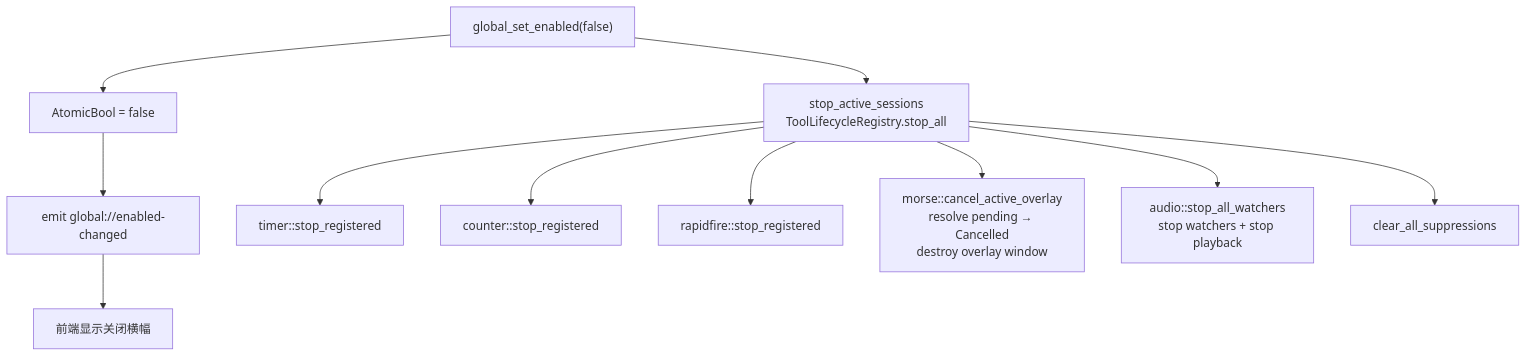
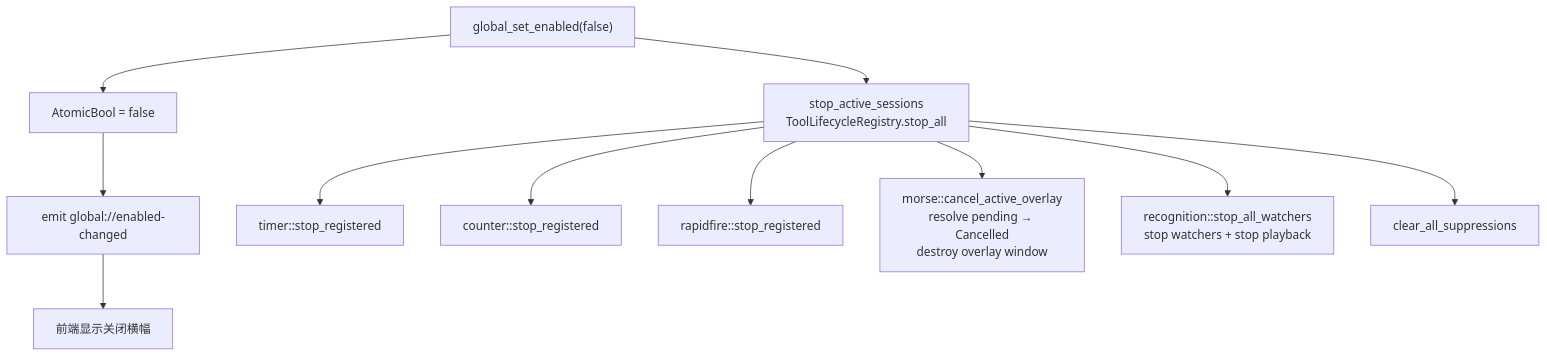
Before and after one commit to IZRINO/delta-auto-tools: the diagram in droid-wiki/systems/global-state.md, drawn with Mermaid. The commit also changed other lines of this file and 48 other files, not shown here.

````diff
--- a/droid-wiki/systems/global-state.md
+++ b/droid-wiki/systems/global-state.md
@@ -7,13 +7,13 @@
 ```mermaid
 graph TD
     SwitchOff["global_set_enabled(false)"] --> Store["AtomicBool = false"]
     Store --> Emit["emit global://enabled-changed"]
     Emit --> Frontend["前端显示关闭横幅"]
     SwitchOff --> Stop["stop_active_sessions<br/>ToolLifecycleRegistry.stop_all"]
     Stop --> T["timer::stop_registered"]
     Stop --> C["counter::stop_registered"]
     Stop --> RF["rapidfire::stop_registered"]
     Stop --> MorseCancel["morse::cancel_active_overlay<br/>resolve pending → Cancelled<br/>destroy overlay window"]
-    Stop --> Audio["audio::stop_all_watchers<br/>stop watchers + stop playback"]
+    Stop --> Audio["recognition::stop_all_watchers<br/>stop watchers + stop playback"]
     Stop --> Clear["clear_all_suppressions"]
 ```
````
